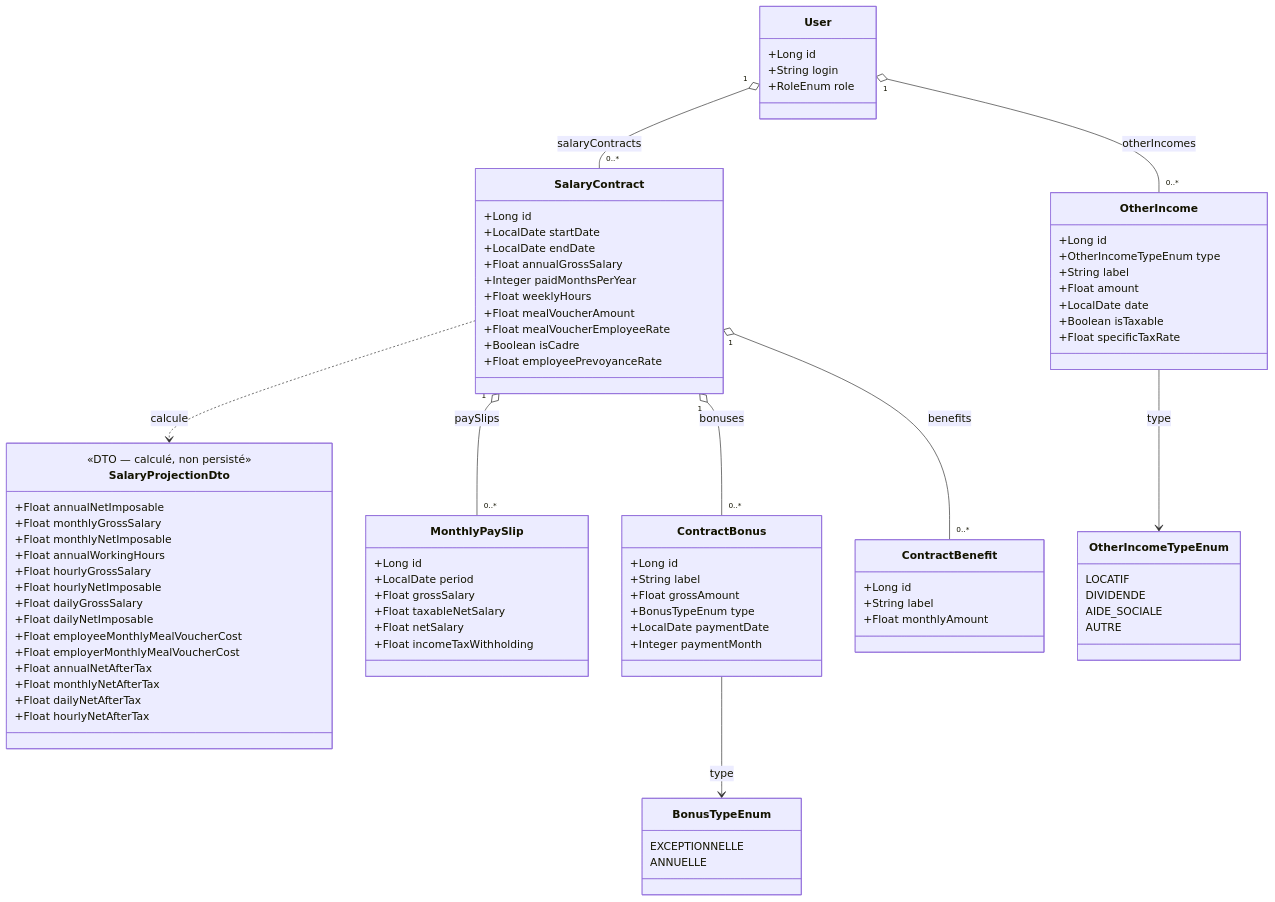
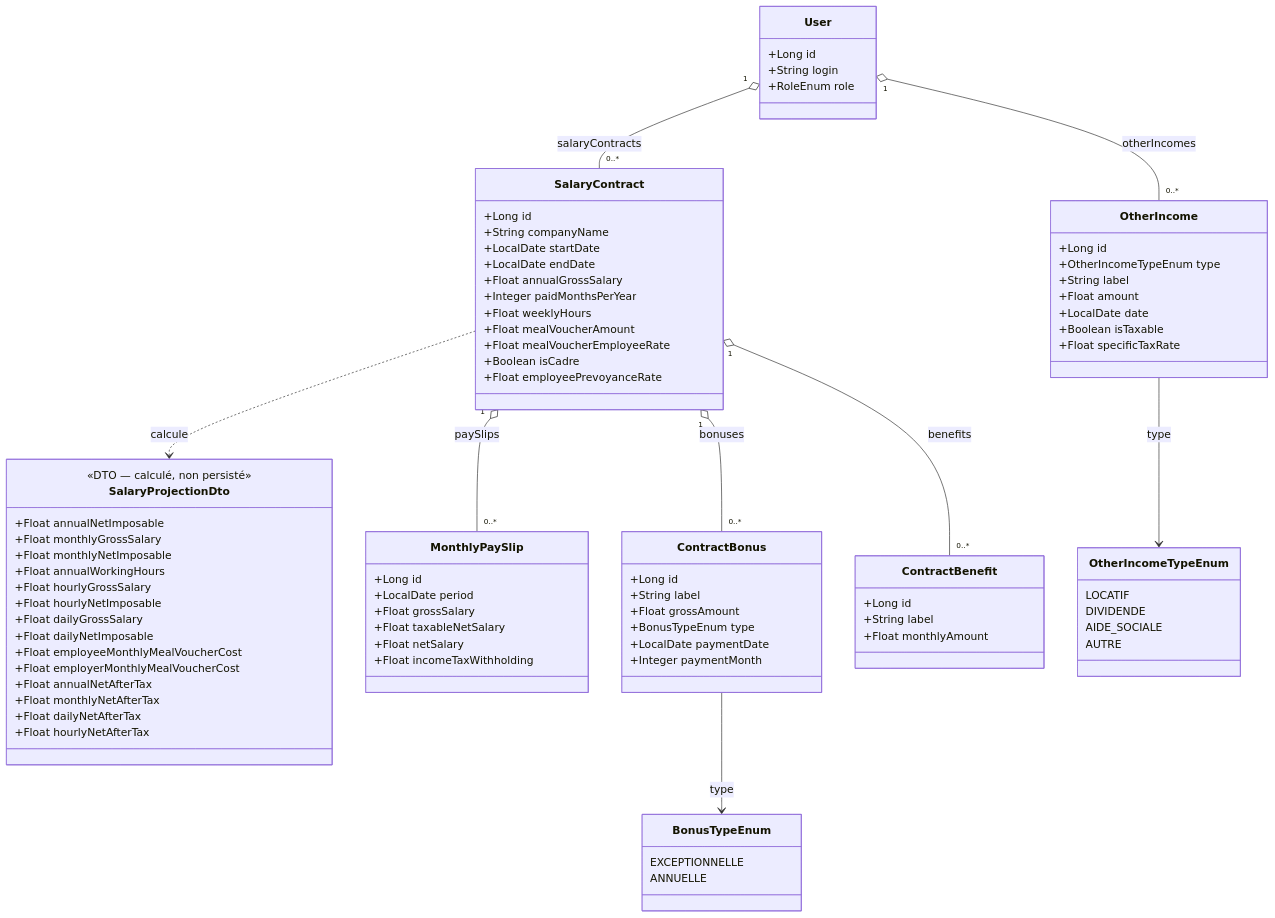
One commit to Neogost/MyFinance changed the diagram in docs/architecture/salary.md. Above: the diagram before and after it, drawn with Mermaid. The commit also changed other lines of this file and 10 other files, not shown here.

```diff
--- a/docs/architecture/salary.md
+++ b/docs/architecture/salary.md
@@ -344,6 +345,7 @@
 classDiagram
     class SalaryContract {
         +Long id
+        +String companyName
         +LocalDate startDate
         +LocalDate endDate
         +Float annualGrossSalary
```
